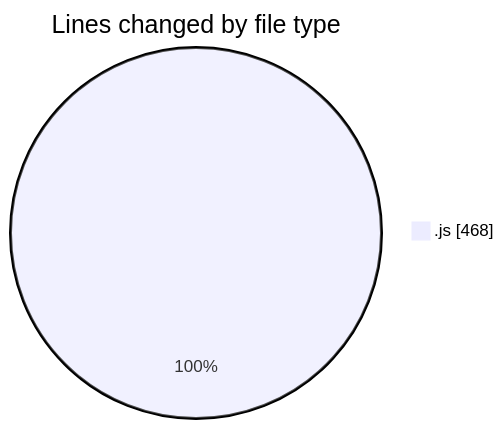
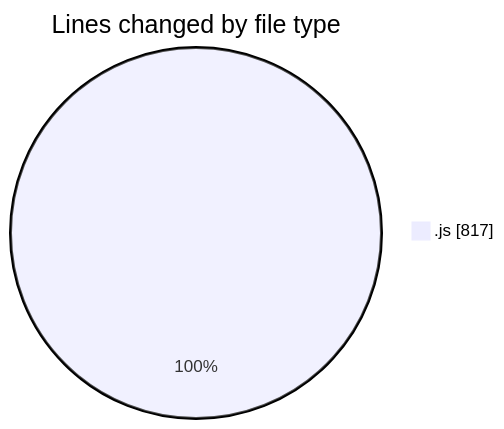
One commit to Ritupan-Deka/code-tracking changed the first of 2 diagrams in 2025-07-31/javascript/README.md. Above: the diagram before and after it, drawn with Mermaid. The commit also changed other lines of this file and 1 other file, not shown here.

````diff
--- a/2025-07-31/javascript/README.md
+++ b/2025-07-31/javascript/README.md
@@ -21,5 +21,5 @@
 ```mermaid
 pie showData
 title Lines changed by file type
-".js" : 468
+".js" : 817
 ```
````
